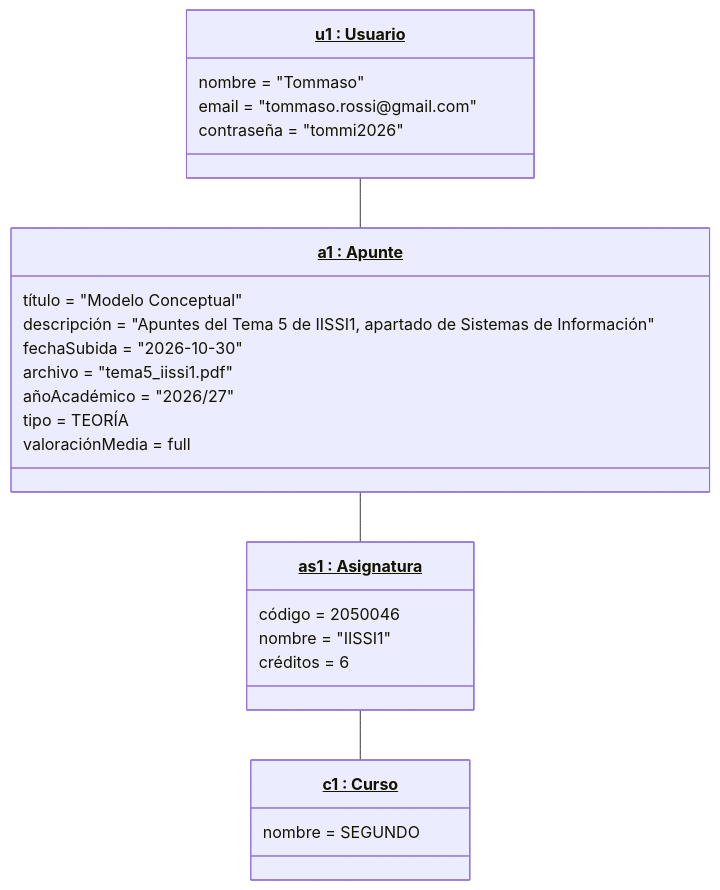
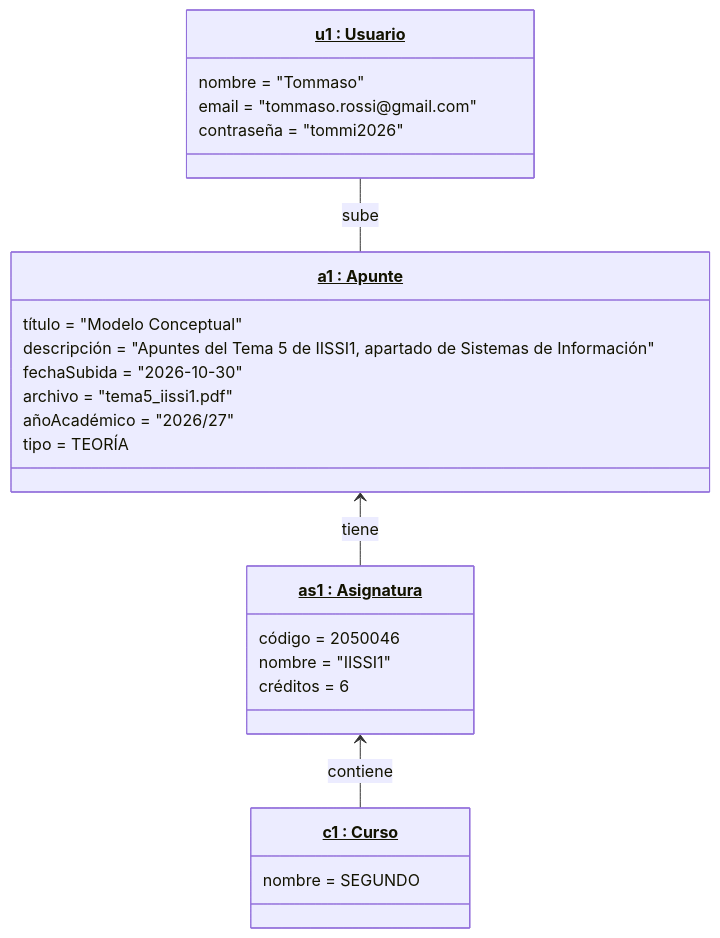
Before and after one commit to JaavierBC/proyecto-curso-iissi1-2026-GWQ0807: the first of 2 diagrams in README.md, drawn with Mermaid. The commit also changed other lines of this file, not shown here.

Commit message:
Actualizar EP-01

````diff
--- a/README.md
+++ b/README.md
@@ -351,28 +351,27 @@
 ```mermaid
 classDiagram
     class u1["<u>u1 : Usuario</u>"]{
         nombre = "Tommaso"
         email = "tommaso.rossi@gmail.com"
         contraseña = "tommi2026"
     }
     class a1["<u>a1 : Apunte</u>"]{
         título = "Modelo Conceptual"
         descripción = "Apuntes del Tema 5 de IISSI1, apartado de Sistemas de Información"
         fechaSubida = "2026-10-30"
         archivo = "tema5_iissi1.pdf"
         añoAcadémico = "2026/27"
         tipo = TEORÍA
-        valoraciónMedia = full
     }
     class as1["<u>as1 : Asignatura</u>"]{
         código = 2050046
         nombre = "IISSI1"
         créditos = 6
     }
     class c1["<u>c1 : Curso</u>"]{
         nombre = SEGUNDO
     }
-    u1 -- a1
-    a1 -- as1
-    as1 -- c1
+    u1 -- a1 : sube
+    a1 <-- as1 : tiene
+    as1 <-- c1 : contiene
 ```
````
